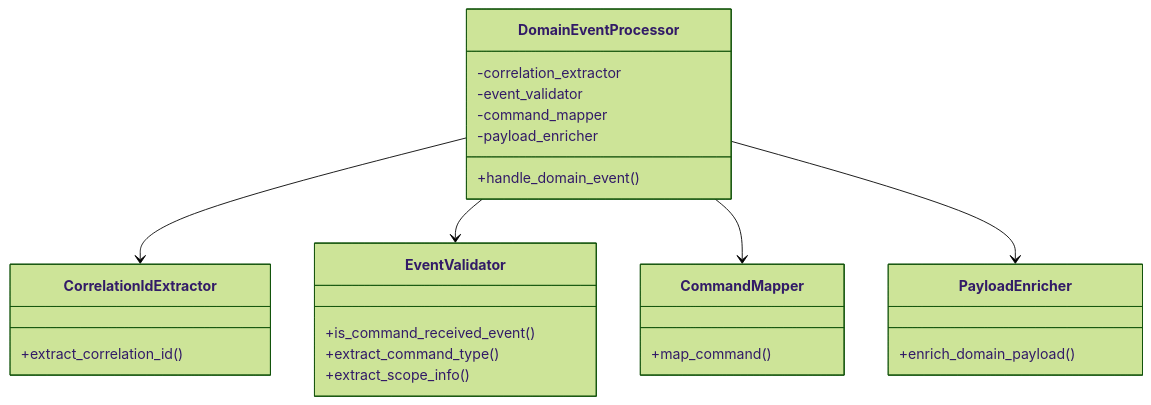
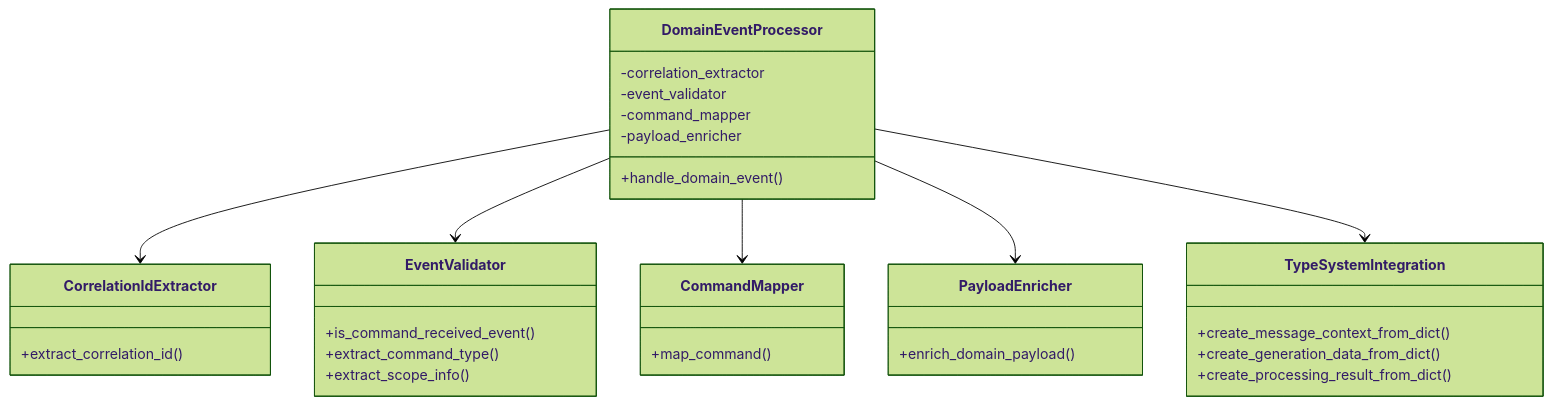
The fifth of 26 diagrams in apps/backend/src/agents/orchestrator/README.md (zhiyue/infinite-scribe), drawn with Mermaid (forest theme) before and after one commit. The commit also changed other lines of this file, not shown here.

````diff
--- a/apps/backend/src/agents/orchestrator/README.md
+++ b/apps/backend/src/agents/orchestrator/README.md
@@ -104,33 +179,40 @@
 ```mermaid
 classDiagram
     class DomainEventProcessor {
         +handle_domain_event()
         -correlation_extractor
         -event_validator
         -command_mapper
         -payload_enricher
     }
     
     class CorrelationIdExtractor {
         +extract_correlation_id()
     }
     
     class EventValidator {
         +is_command_received_event()
         +extract_command_type()
         +extract_scope_info()
     }
     
     class CommandMapper {
         +map_command()
     }
     
     class PayloadEnricher {
         +enrich_domain_payload()
     }
     
+    class TypeSystemIntegration {
+        +create_message_context_from_dict()
+        +create_generation_data_from_dict()
+        +create_processing_result_from_dict()
+    }
+    
     DomainEventProcessor --> CorrelationIdExtractor
     DomainEventProcessor --> EventValidator
     DomainEventProcessor --> CommandMapper
     DomainEventProcessor --> PayloadEnricher
+    DomainEventProcessor --> TypeSystemIntegration
 ```
````
